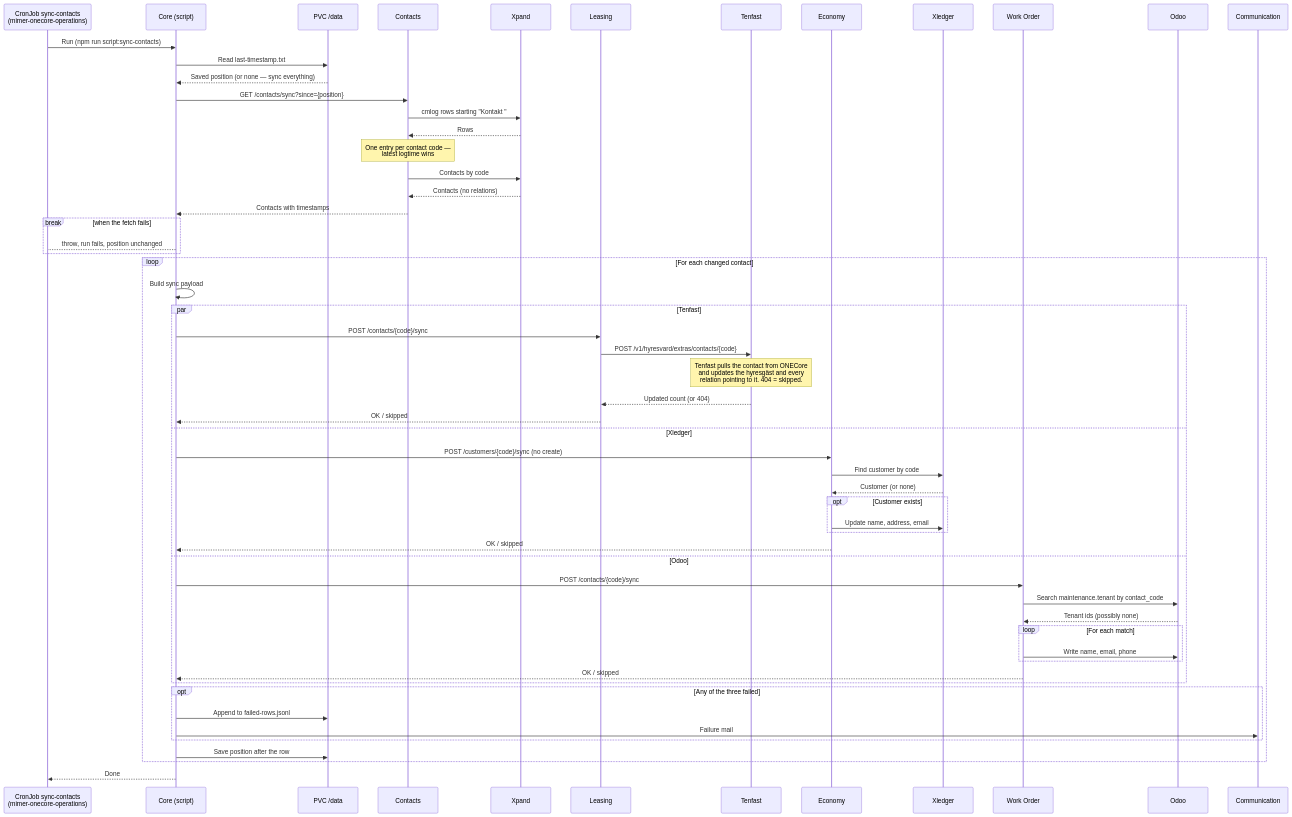
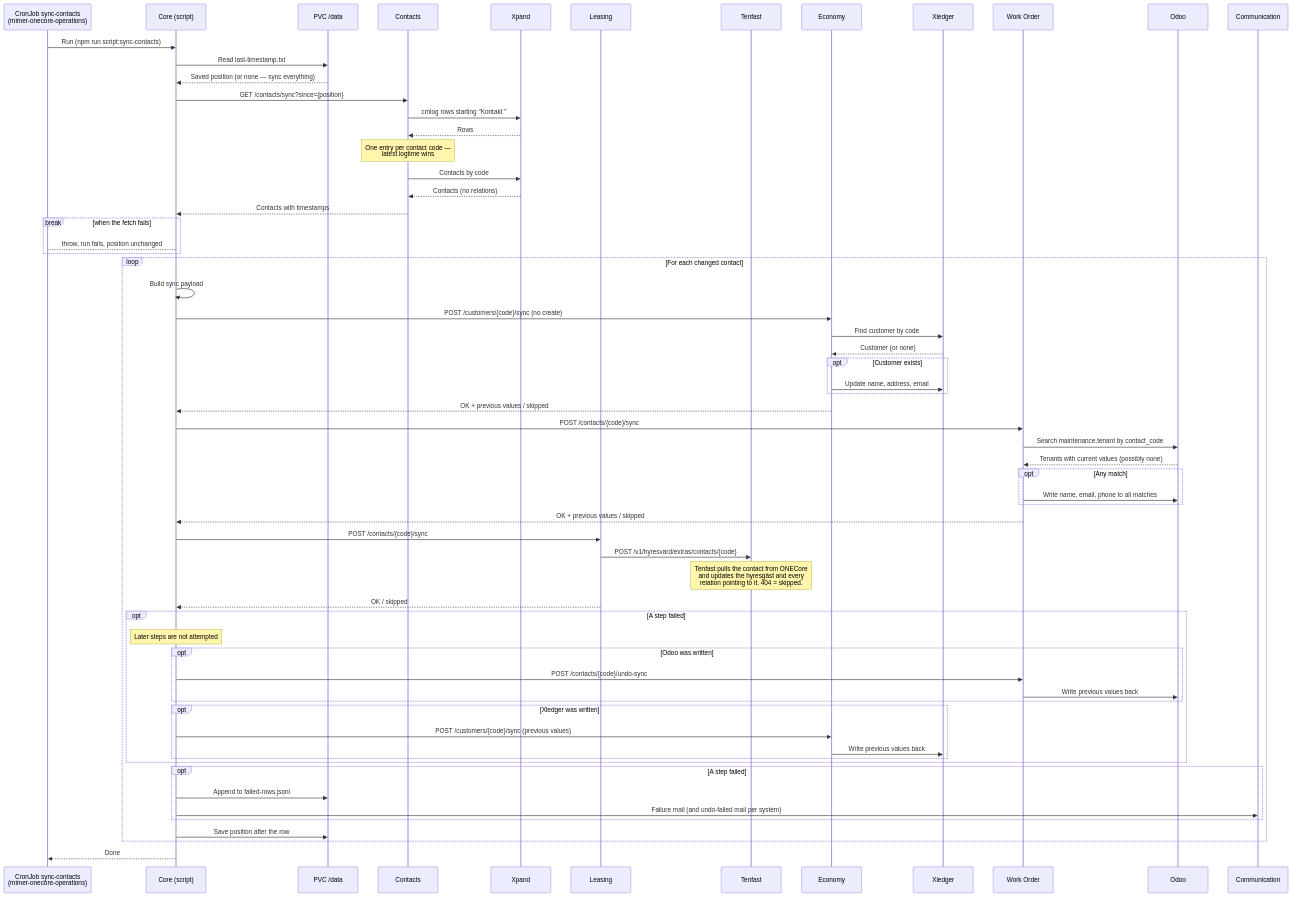
Before and after one commit to Bostads-AB-Mimer/onecore: the second of 2 diagrams in core/src/scripts/sync-contacts/DOCS_Sync_Contacts.md, drawn with Mermaid. The commit also changed other lines of this file and 2 other files, not shown here.

Commit message:
docs: describe step order and undo in the sync docs
The contact sync writes Xledger, Odoo and Tenfast in order instead of in
parallel, and a failed step undoes the earlier ones. Add a "Steg och
återställning" section to the overview, the undo-failed mail, and update
the contact and lease flow and sequence diagrams.

````diff
--- a/core/src/scripts/sync-contacts/DOCS_Sync_Contacts.md
+++ b/core/src/scripts/sync-contacts/DOCS_Sync_Contacts.md
@@ -93,68 +84,77 @@
 ```mermaid
 sequenceDiagram
     participant CronJob as CronJob sync-contacts<br/>(mimer-onecore-operations)
     participant Core as Core (script)
     participant PVC as PVC /data
     participant Contacts as Contacts
     participant Xpand as Xpand
     participant Leasing as Leasing
     participant Tenfast as Tenfast
     participant Economy as Economy
     participant Xledger as Xledger
     participant WorkOrder as Work Order
     participant Odoo as Odoo
     participant Communication as Communication
 
     CronJob ->> Core: Run (npm run script:sync-contacts)
     Core ->> PVC: Read last-timestamp.txt
     PVC -->> Core: Saved position (or none — sync everything)
 
     Core ->> Contacts: GET /contacts/sync?since={position}
     Contacts ->> Xpand: cmlog rows starting "Kontakt "
     Xpand -->> Contacts: Rows
     note over Contacts: One entry per contact code —<br/>latest logtime wins
     Contacts ->> Xpand: Contacts by code
     Xpand -->> Contacts: Contacts (no relations)
     Contacts -->> Core: Contacts with timestamps
 
     break when the fetch fails
         Core-->CronJob: throw, run fails, position unchanged
     end
 
     loop For each changed contact
         Core ->> Core: Build sync payload
 
-        par Tenfast
-            Core ->> Leasing: POST /contacts/{code}/sync
-            Leasing ->> Tenfast: POST /v1/hyresvard/extras/contacts/{code}
-            note over Tenfast: Tenfast pulls the contact from ONECore<br/>and updates the hyresgäst and every<br/>relation pointing to it. 404 = skipped.
-            Tenfast -->> Leasing: Updated count (or 404)
-            Leasing -->> Core: OK / skipped
-        and Xledger
-            Core ->> Economy: POST /customers/{code}/sync (no create)
-            Economy ->> Xledger: Find customer by code
-            Xledger -->> Economy: Customer (or none)
-            opt Customer exists
-                Economy ->> Xledger: Update name, address, email
+        Core ->> Economy: POST /customers/{code}/sync (no create)
+        Economy ->> Xledger: Find customer by code
+        Xledger -->> Economy: Customer (or none)
+        opt Customer exists
+            Economy ->> Xledger: Update name, address, email
+        end
+        Economy -->> Core: OK + previous values / skipped
+
+        Core ->> WorkOrder: POST /contacts/{code}/sync
+        WorkOrder ->> Odoo: Search maintenance.tenant by contact_code
+        Odoo -->> WorkOrder: Tenants with current values (possibly none)
+        opt Any match
+            WorkOrder ->> Odoo: Write name, email, phone to all matches
+        end
+        WorkOrder -->> Core: OK + previous values / skipped
+
+        Core ->> Leasing: POST /contacts/{code}/sync
+        Leasing ->> Tenfast: POST /v1/hyresvard/extras/contacts/{code}
+        note over Tenfast: Tenfast pulls the contact from ONECore<br/>and updates the hyresgäst and every<br/>relation pointing to it. 404 = skipped.
+        Leasing -->> Core: OK / skipped
+
+        opt A step failed
+            note over Core: Later steps are not attempted
+            opt Odoo was written
+                Core ->> WorkOrder: POST /contacts/{code}/undo-sync
+                WorkOrder ->> Odoo: Write previous values back
             end
-            Economy -->> Core: OK / skipped
-        and Odoo
-            Core ->> WorkOrder: POST /contacts/{code}/sync
-            WorkOrder ->> Odoo: Search maintenance.tenant by contact_code
-            Odoo -->> WorkOrder: Tenant ids (possibly none)
-            loop For each match
-                WorkOrder ->> Odoo: Write name, email, phone
+            opt Xledger was written
+                Core ->> Economy: POST /customers/{code}/sync (previous values)
+                Economy ->> Xledger: Write previous values back
             end
-            WorkOrder -->> Core: OK / skipped
         end
 
-        opt Any of the three failed
+        opt A step failed
             Core ->> PVC: Append to failed-rows.jsonl
-            Core ->> Communication: Failure mail
+            Core ->> Communication: Failure mail (and undo-failed mail per system)
         end
 
         Core ->> PVC: Save position after the row
     end
 
     Core -->> CronJob: Done
 ```
````
